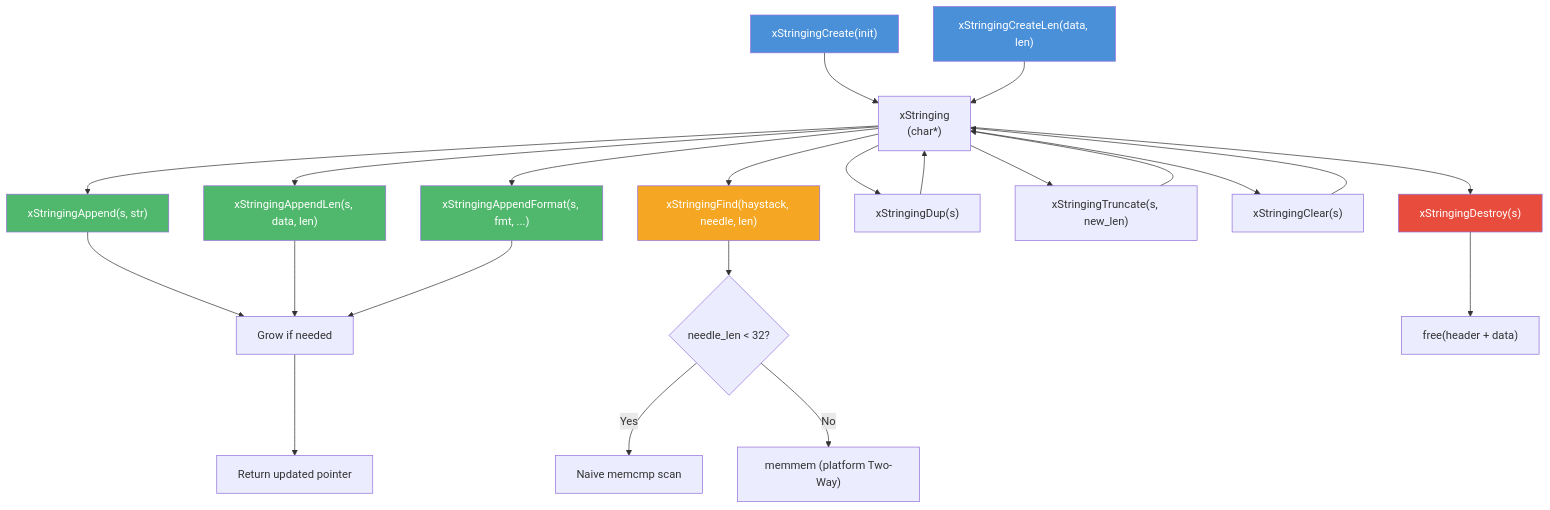
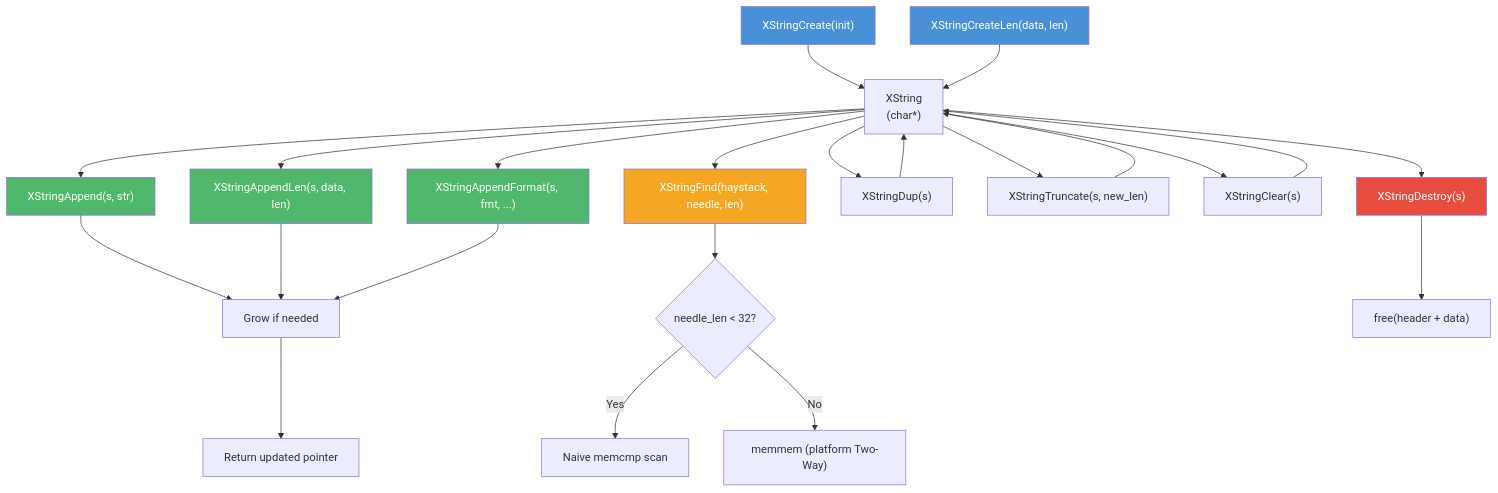
One commit to mivinci/DownloadKit changed the diagram in docs/modules/xbase/string.md. Above: the diagram before and after it, drawn with Mermaid. The commit also changed other lines of this file and 7 other files, not shown here.

````diff
--- a/docs/modules/xbase/string.md
+++ b/docs/modules/xbase/string.md
@@ -38,33 +38,33 @@
 ```mermaid
 graph TD
-    CREATE["xStringingCreate(init)"] --> S["xStringing<br/>(char*)"]
-    CREATELEN["xStringingCreateLen(data, len)"] --> S
-    APPEND["xStringingAppend(s, str)"] --> GROW["Grow if needed"]
-    APPENDLEN["xStringingAppendLen(s, data, len)"] --> GROW
-    APPENDFMT["xStringingAppendFormat(s, fmt, ...)"] --> GROW
+    CREATE["XStringCreate(init)"] --> S["XString<br/>(char*)"]
+    CREATELEN["XStringCreateLen(data, len)"] --> S
+    APPEND["XStringAppend(s, str)"] --> GROW["Grow if needed"]
+    APPENDLEN["XStringAppendLen(s, data, len)"] --> GROW
+    APPENDFMT["XStringAppendFormat(s, fmt, ...)"] --> GROW
     GROW --> UPDATE["Return updated pointer"]
-    FIND["xStringingFind(haystack, needle, len)"] --> THRESH{"needle_len < 32?"}
+    FIND["XStringFind(haystack, needle, len)"] --> THRESH{"needle_len < 32?"}
     THRESH -->|Yes| NAIVE["Naive memcmp scan"]
     THRESH -->|No| MEMMEM["memmem (platform Two-Way)"]
-    DUP["xStringingDup(s)"] --> S
-    TRUNCATE["xStringingTruncate(s, new_len)"] --> S
-    CLEAR["xStringingClear(s)"] --> S
-    DESTROY["xStringingDestroy(s)"] --> FREE["free(header + data)"]
+    DUP["XStringDup(s)"] --> S
+    TRUNCATE["XStringTruncate(s, new_len)"] --> S
+    CLEAR["XStringClear(s)"] --> S
+    DESTROY["XStringDestroy(s)"] --> FREE["free(header + data)"]
 
     S --> APPEND
     S --> APPENDLEN
     S --> APPENDFMT
     S --> FIND
     S --> DUP
     S --> TRUNCATE
     S --> CLEAR
     S --> DESTROY
 
     style CREATE fill:#4a90d9,color:#fff
     style CREATELEN fill:#4a90d9,color:#fff
     style APPEND fill:#50b86c,color:#fff
     style APPENDLEN fill:#50b86c,color:#fff
     style APPENDFMT fill:#50b86c,color:#fff
     style FIND fill:#f5a623,color:#fff
     style DESTROY fill:#e74c3c,color:#fff
 ```
````
